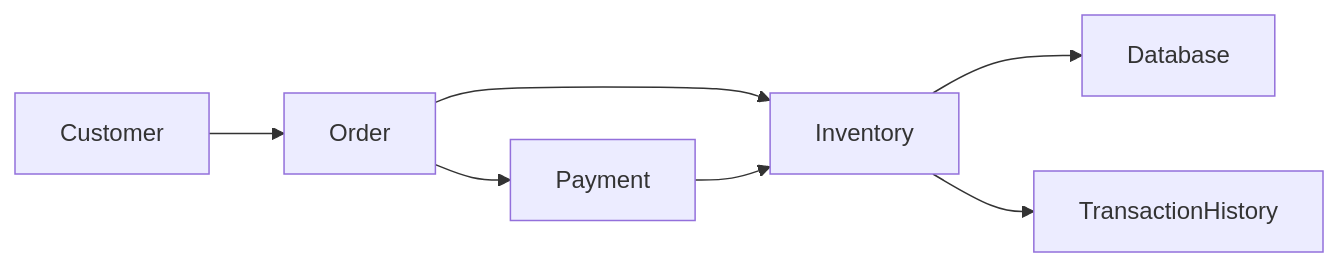
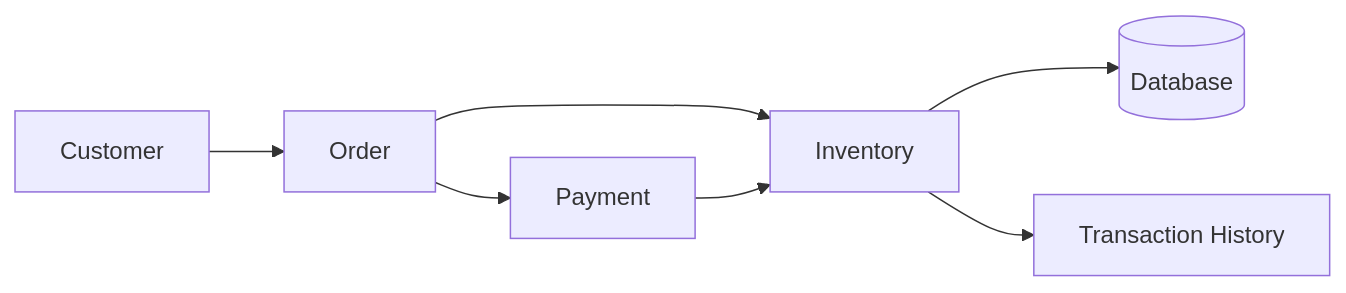
The seventh of 8 diagrams in docs/inventory.md (chintanchhapgar/ShopSphere), drawn with Mermaid before and after one commit. The commit also changed other lines of this file, not shown here.

Commit message:
Update inventory documentation with table of contents

````diff
--- a/docs/inventory.md
+++ b/docs/inventory.md
@@ -282,17 +297,16 @@
 ```mermaid
 flowchart LR
+    A["Customer"]
+    B["Order"]
+    C["Inventory"]
+    D[("Database")]
+    E["Payment"]
+    F["Transaction History"]
 
-Customer
-
-Customer --> Order
-
-Order --> Inventory
-
-Inventory --> Database
-
-Order --> Payment
-
-Payment --> Inventory
-
-Inventory --> TransactionHistory
+    A --> B
+    B --> C
+    C --> D
+    B --> E
+    E --> C
+    C --> F
 ```
````
